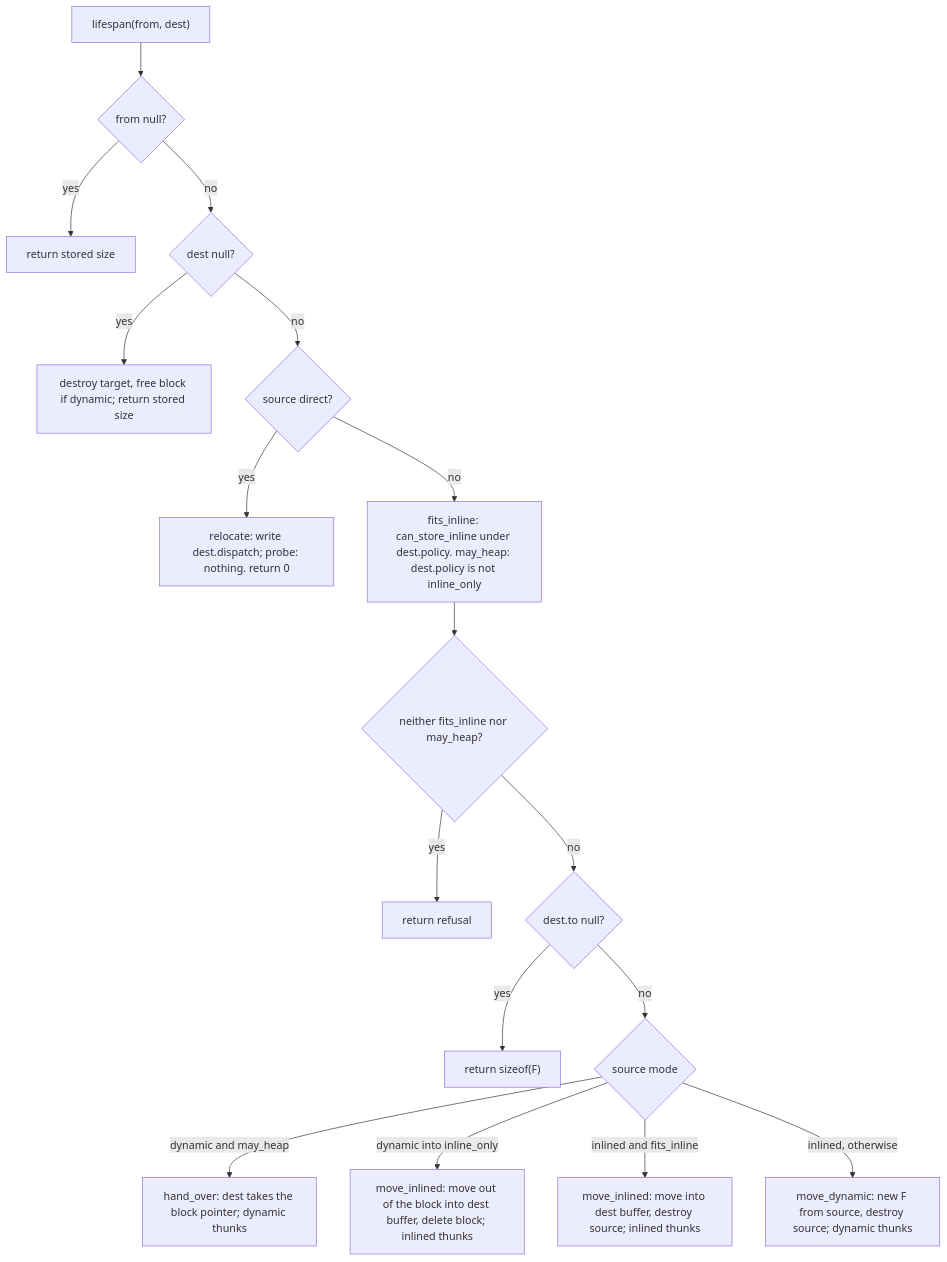
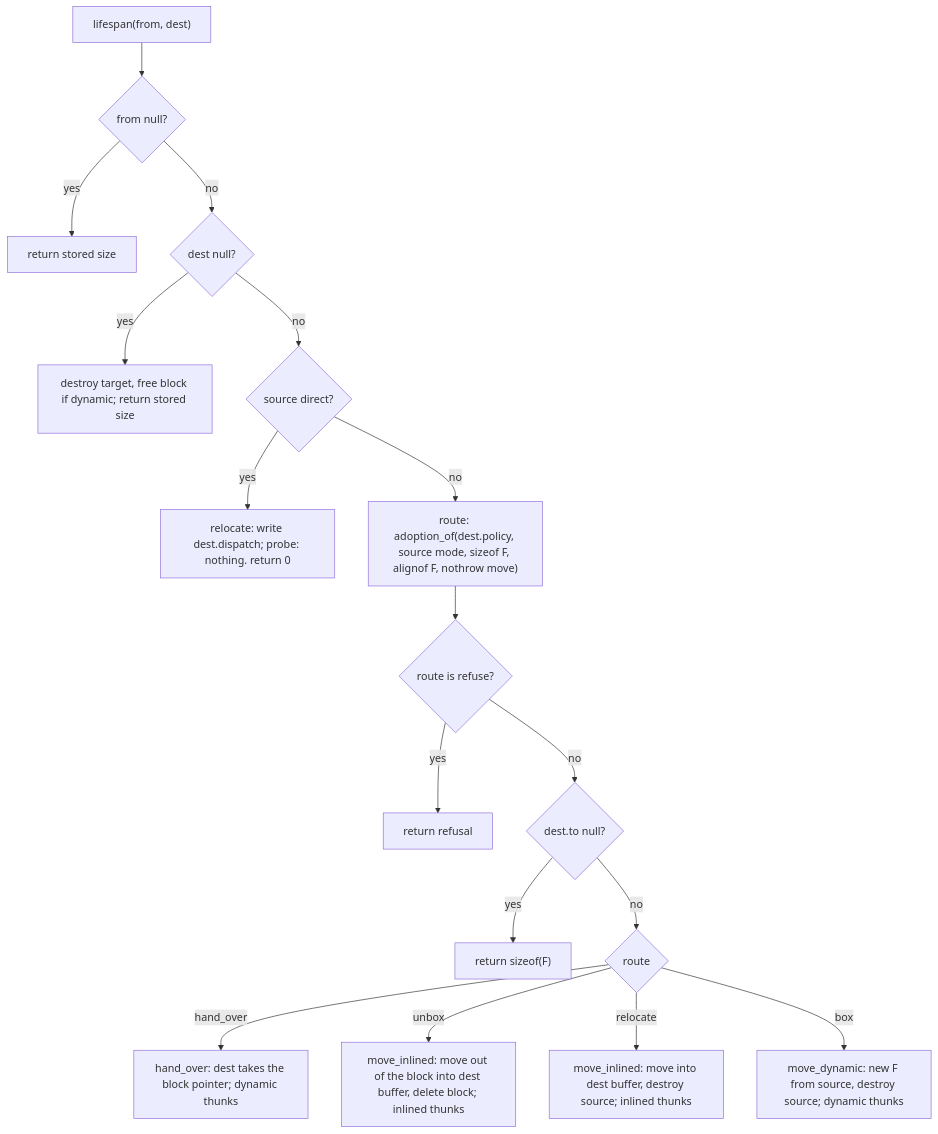
The third of 3 diagrams in corvid/meta/flexi_function.md (stevensudit/Corvid), drawn with Mermaid before and after one commit. The commit also changed other lines of this file and 7 other files, not shown here.

````diff
--- a/corvid/meta/flexi_function.md
+++ b/corvid/meta/flexi_function.md
@@ -359,19 +359,19 @@
 ```mermaid
 flowchart TD
     start["lifespan(from, dest)"] --> f{from null?}
     f -->|yes| size["return stored size"]
     f -->|no| d{dest null?}
     d -->|yes| destroy["destroy target, free block if dynamic; return stored size"]
     d -->|no| dir{source direct?}
     dir -->|yes| pair["relocate: write dest.dispatch; probe: nothing. return 0"]
-    dir -->|no| fit["fits_inline: can_store_inline under dest.policy. may_heap: dest.policy is not inline_only"]
-    fit --> ref{neither fits_inline nor may_heap?}
+    dir -->|no| fit["route: adoption_of(dest.policy, source mode, sizeof F, alignof F, nothrow move)"]
+    fit --> ref{route is refuse?}
     ref -->|yes| r["return refusal"]
     ref -->|no| probe{dest.to null?}
     probe -->|yes| ok["return sizeof(F)"]
-    probe -->|no| src{source mode}
-    src -->|dynamic and may_heap| hand["hand_over: dest takes the block pointer; dynamic thunks"]
-    src -->|dynamic into inline_only| unbox["move_inlined: move out of the block into dest buffer, delete block; inlined thunks"]
-    src -->|inlined and fits_inline| stay["move_inlined: move into dest buffer, destroy source; inlined thunks"]
-    src -->|inlined, otherwise| box["move_dynamic: new F from source, destroy source; dynamic thunks"]
+    probe -->|no| src{route}
+    src -->|hand_over| hand["hand_over: dest takes the block pointer; dynamic thunks"]
+    src -->|unbox| unbox["move_inlined: move out of the block into dest buffer, delete block; inlined thunks"]
+    src -->|relocate| stay["move_inlined: move into dest buffer, destroy source; inlined thunks"]
+    src -->|box| box["move_dynamic: new F from source, destroy source; dynamic thunks"]
 ```
````
